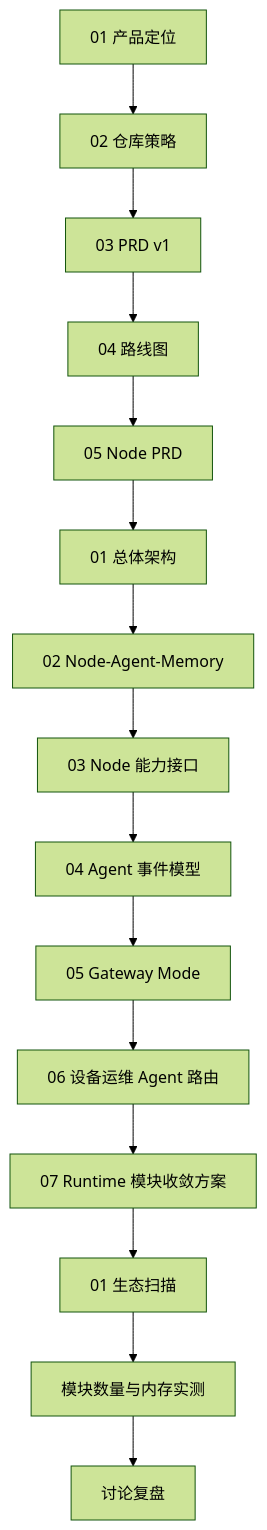
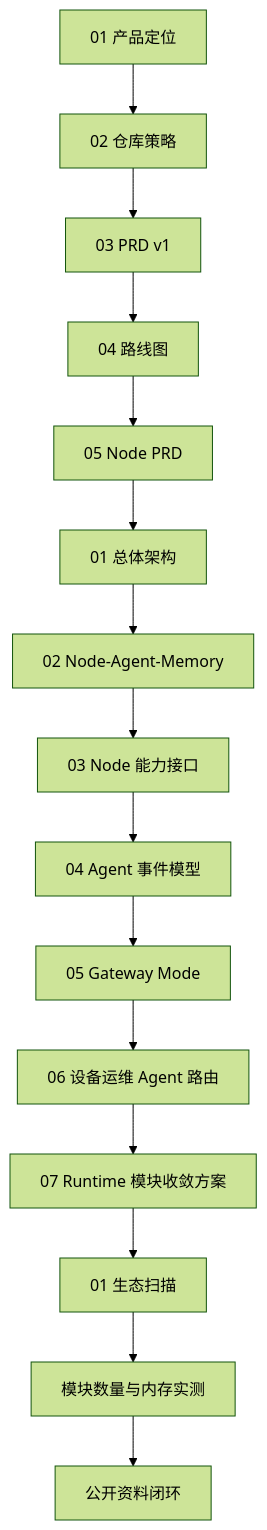
The diagram in docs/product/00-doc-index.md (LiteChipCloud/qpyclaw), drawn with Mermaid (forest theme) before and after one commit. The commit also changed other lines of this file and 84 other files, not shown here.

````diff
--- a/docs/product/00-doc-index.md
+++ b/docs/product/00-doc-index.md
@@ -25,17 +24,17 @@
 ```mermaid
 flowchart TD
   A["01 产品定位"] --> B["02 仓库策略"]
   B --> C["03 PRD v1"]
   C --> D["04 路线图"]
   D --> E["05 Node PRD"]
   E --> F["01 总体架构"]
   F --> G["02 Node-Agent-Memory"]
   G --> H["03 Node 能力接口"]
   H --> I["04 Agent 事件模型"]
   I --> J["05 Gateway Mode"]
   J --> K["06 设备运维 Agent 路由"]
   K --> L["07 Runtime 模块收敛方案"]
   L --> M["01 生态扫描"]
   M --> N["模块数量与内存实测"]
-  N --> O["讨论复盘"]
+  N --> O["公开资料闭环"]
 ```
````
